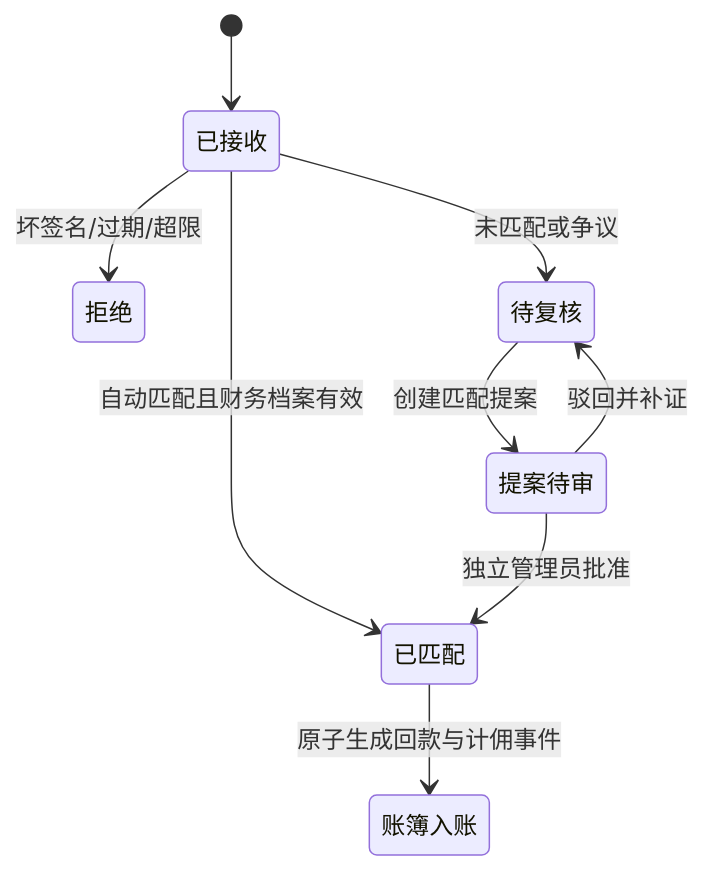
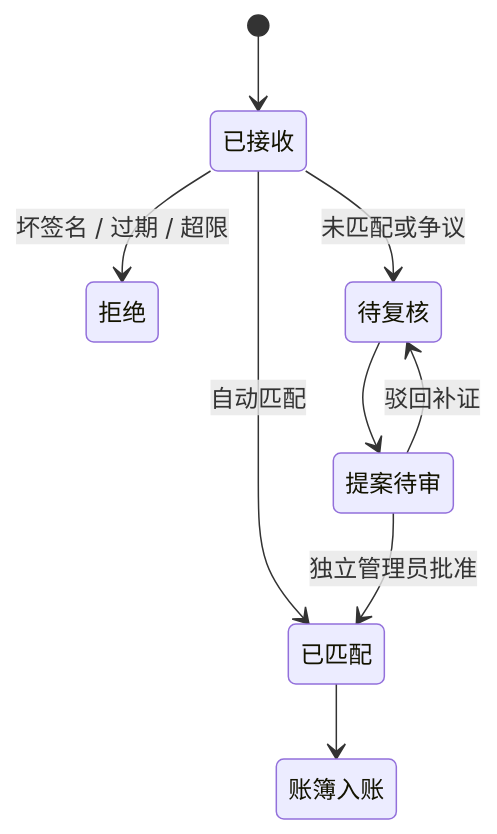
Before and after one commit to IntelliPathway/luheng-fulfillops-cloud: the seventh of 7 diagrams in docs/product-functional-spec.md, drawn with Mermaid. The commit also changed other lines of this file and 50 other files, not shown here.

````diff
--- a/docs/product-functional-spec.md
+++ b/docs/product-functional-spec.md
@@ -221,11 +159,11 @@
 ```mermaid
 stateDiagram-v2
     [*] --> 已接收
-    已接收 --> 拒绝: 坏签名/过期/超限
-    已接收 --> 已匹配: 自动匹配且财务档案有效
+    已接收 --> 拒绝: 坏签名 / 过期 / 超限
+    已接收 --> 已匹配: 自动匹配
     已接收 --> 待复核: 未匹配或争议
-    待复核 --> 提案待审: 创建匹配提案
+    待复核 --> 提案待审
     提案待审 --> 已匹配: 独立管理员批准
-    提案待审 --> 待复核: 驳回并补证
-    已匹配 --> 账簿入账: 原子生成回款与计佣事件
+    提案待审 --> 待复核: 驳回补证
+    已匹配 --> 账簿入账
 ```
````
